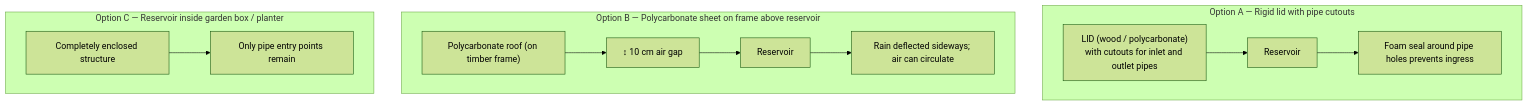
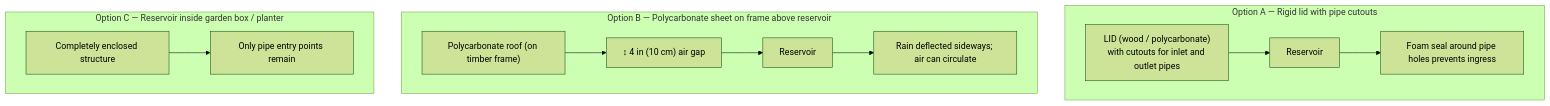
Before and after one commit to UncleJS/guide_hydroponics: the seventh of 11 diagrams in guide/nft/10-climate-management.md, drawn with Mermaid (forest theme). The commit also changed other lines of this file and 35 other files, not shown here.

````diff
--- a/guide/nft/10-climate-management.md
+++ b/guide/nft/10-climate-management.md
@@ -574,23 +602,23 @@
 ```mermaid
 flowchart TD
     subgraph A["Option A — Rigid lid with pipe cutouts"]
         A1["LID (wood / polycarbonate)<br/>with cutouts for inlet and outlet pipes"]
         A2["Reservoir"]
         A3["Foam seal around pipe holes prevents ingress"]
         A1 --> A2 --> A3
     end
 
     subgraph B["Option B — Polycarbonate sheet on frame above reservoir"]
         B1["Polycarbonate roof (on timber frame)"]
-        B2["↕ 10 cm air gap"]
+        B2["↕ 4 in (10 cm) air gap"]
         B3["Reservoir"]
         B4["Rain deflected sideways; air can circulate"]
         B1 --> B2 --> B3 --> B4
     end
 
     subgraph C["Option C — Reservoir inside garden box / planter"]
         C1["Completely enclosed structure"]
         C2["Only pipe entry points remain"]
         C1 --> C2
     end
 ```
````
